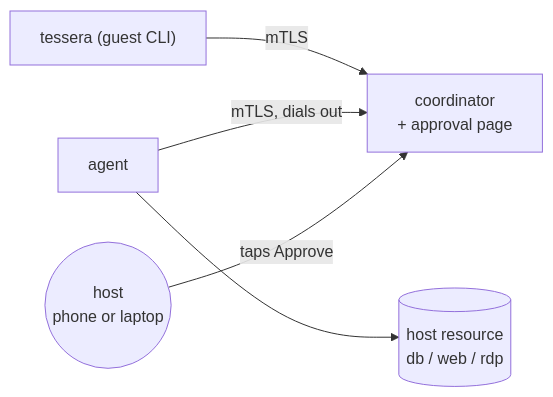
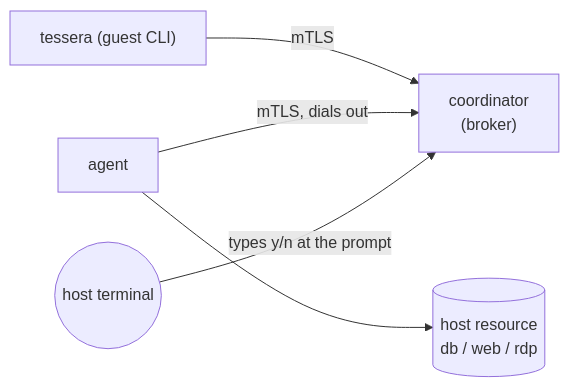
The first of 2 diagrams in README.md (emmayusufu/tessera), drawn with Mermaid before and after one commit. The commit also changed other lines of this file and 8 other files, not shown here.

First line of the commit message:
Remove the web approval page; CLI prompt is the only approval path

````diff
--- a/README.md
+++ b/README.md
@@ -54,13 +54,13 @@
 ```mermaid
 flowchart LR
     CLI["tessera (guest CLI)"]
-    CO["coordinator<br/>+ approval page"]
+    CO["coordinator<br/>(broker)"]
     AG["agent"]
     RES[("host resource<br/>db / web / rdp")]
-    H(("host<br/>phone or laptop"))
+    H(("host terminal"))
 
     CLI -- "mTLS" --> CO
     AG -- "mTLS, dials out" --> CO
     AG --> RES
-    H -- "taps Approve" --> CO
+    H -- "types y/n at the prompt" --> CO
 ```
````
